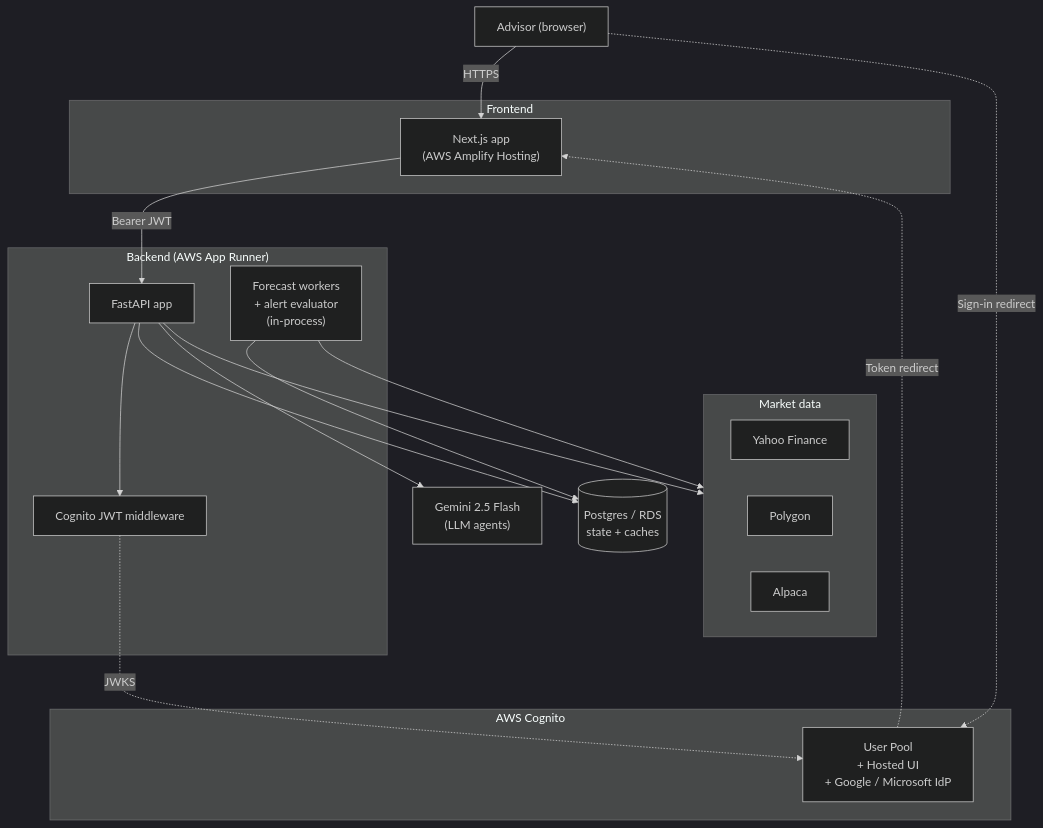
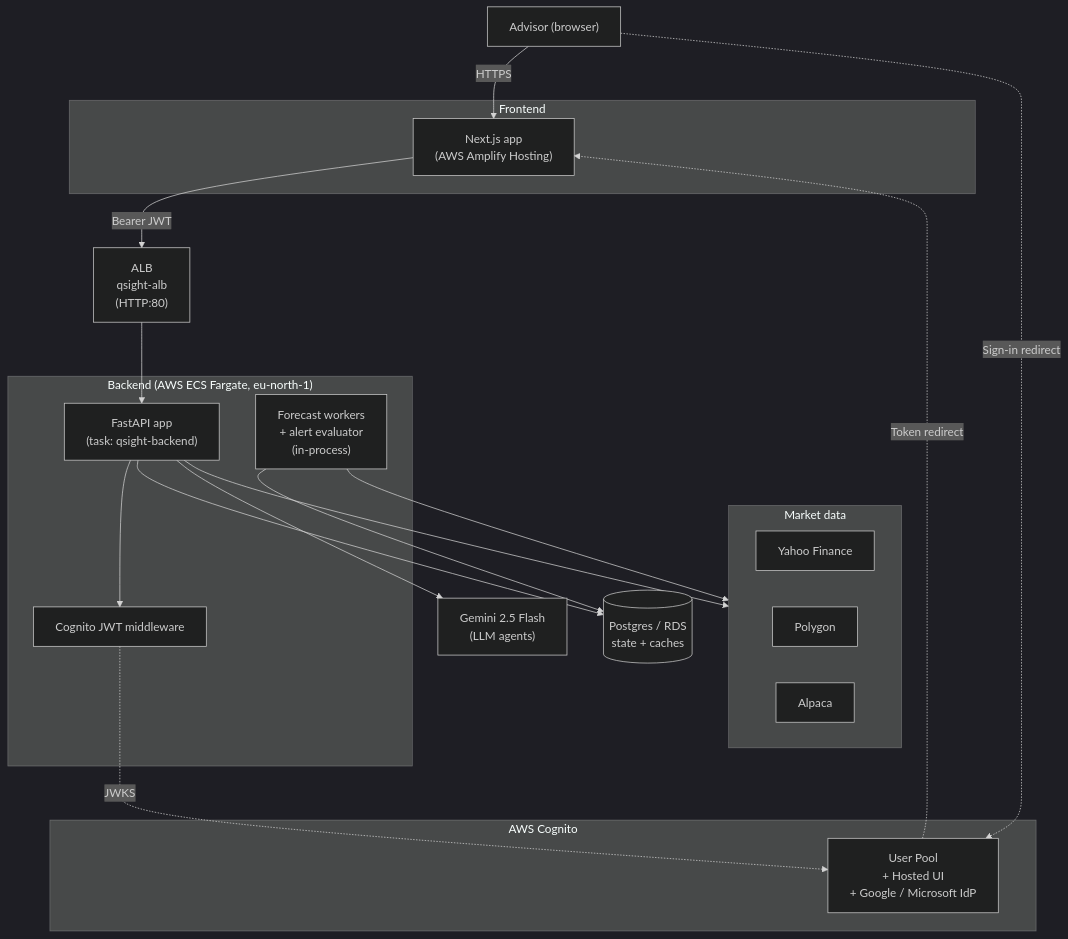
One commit to qmetrum/qmetrum changed the diagram in ARCHITECTURE.md. Above: the diagram before and after it, drawn with Mermaid (dark theme). The commit also changed other lines of this file and 1 other file, not shown here.

Commit message:
Add Amplify build spec; refresh ARCHITECTURE for ECS Fargate
- New amplify.yml at repo root: monorepo-aware (appRoot=services/frontend_nextjs),
  npm ci + next build, caches node_modules and .next/cache. Picked up by
  Amplify Hosting on first build.
- ARCHITECTURE.md: backend topology now reflects ECS Fargate + ALB (was App Runner),
  config section reflects SSM-into-ECS injection, scheduling note swaps App Runner
  scheduled task for ECS scheduled task.

````diff
--- a/ARCHITECTURE.md
+++ b/ARCHITECTURE.md
@@ -12,40 +12,43 @@
 ```mermaid
 flowchart TB
     browser["Advisor (browser)"]
 
     subgraph Frontend["Frontend"]
         next["Next.js app<br/>(AWS Amplify Hosting)"]
     end
 
     subgraph Cognito["AWS Cognito"]
         pool["User Pool<br/>+ Hosted UI<br/>+ Google / Microsoft IdP"]
     end
 
-    subgraph Backend["Backend (AWS App Runner)"]
-        api["FastAPI app"]
+    alb["ALB<br/>qsight-alb<br/>(HTTP:80)"]
+
+    subgraph Backend["Backend (AWS ECS Fargate, eu-north-1)"]
+        api["FastAPI app<br/>(task: qsight-backend)"]
         middleware["Cognito JWT middleware"]
         workers["Forecast workers<br/>+ alert evaluator<br/>(in-process)"]
     end
 
     db[("Postgres / RDS<br/>state + caches")]
 
     subgraph Vendors["Market data"]
         yahoo["Yahoo Finance"]
         polygon["Polygon"]
         alpaca["Alpaca"]
     end
 
     gemini["Gemini 2.5 Flash<br/>(LLM agents)"]
 
     browser -->|"HTTPS"| next
     browser -.->|"Sign-in redirect"| pool
     pool -.->|"Token redirect"| next
-    next -->|"Bearer JWT"| api
+    next -->|"Bearer JWT"| alb
+    alb --> api
     api --> middleware
     middleware -.->|"JWKS"| pool
     api --> db
     api --> Vendors
     api --> gemini
     workers --> db
     workers --> Vendors
 ```
````
